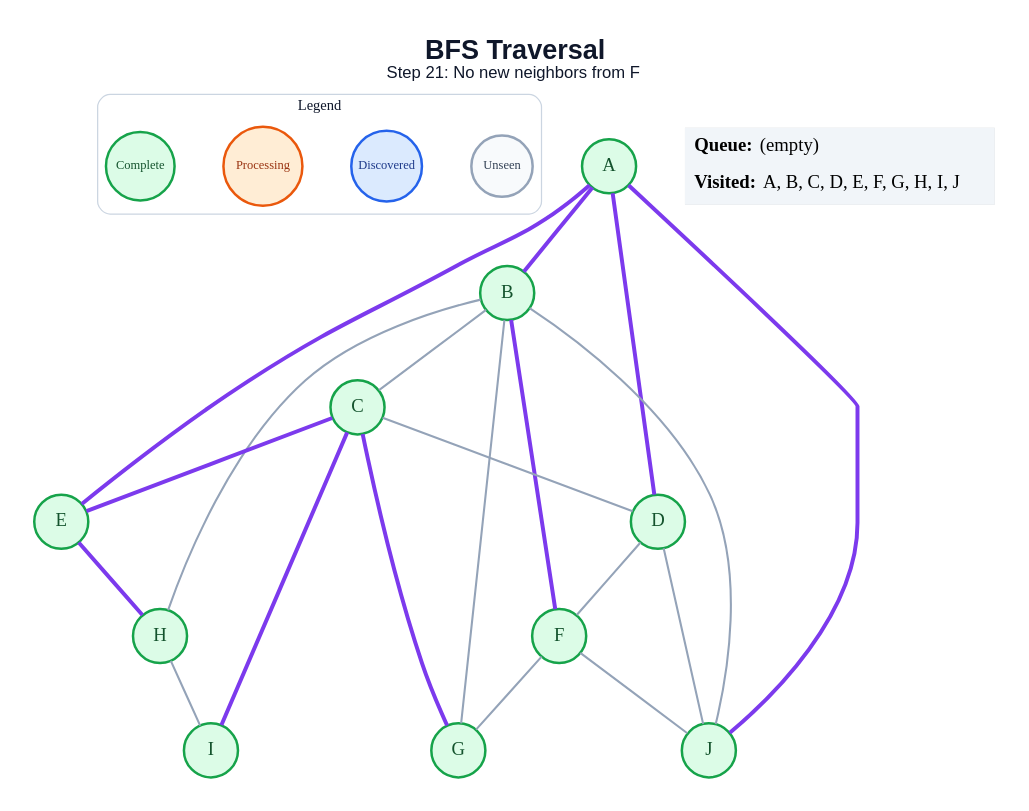
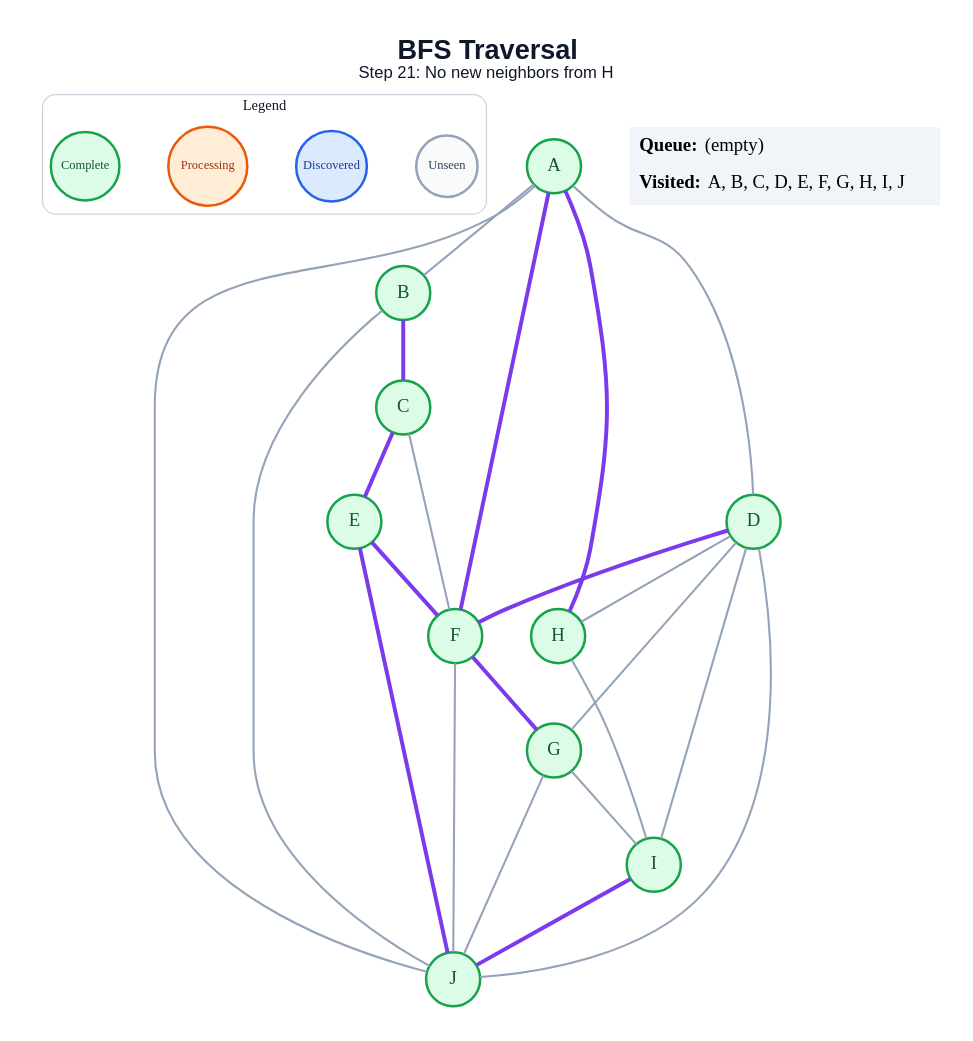
Before and after one commit to anon7238593-create/ai-slop: the diagram in generated/specific-node/bfs/step_21.dot, drawn with Graphviz. The commit also changed 171 other files, not shown here.

```diff
--- a/generated/specific-node/bfs/step_21.dot
+++ b/generated/specific-node/bfs/step_21.dot
@@ -1,48 +1,51 @@
 graph traversal {
   graph [layout=dot, rankdir=TB, bgcolor="#FFFFFF", pad="0.35", nodesep="0.65", ranksep="0.8", fontname="Arial"];
   node [shape=circle, style="filled", fontname="Arial Bold", fontsize=18, width=0.72, fixedsize=true, penwidth=2.4];
   edge [color="#94A3B8", penwidth=2.0];
-  label=<<B>BFS Traversal</B><BR/><FONT POINT-SIZE="16">Step 21: No new neighbors from F</FONT>>; labelloc="t"; fontsize=26; fontname="Arial"; fontcolor="#0F172A";
+  label=<<B>BFS Traversal</B><BR/><FONT POINT-SIZE="16">Step 21: No new neighbors from H</FONT>>; labelloc="t"; fontsize=26; fontname="Arial"; fontcolor="#0F172A";
   subgraph cluster_legend { label="Legend"; color="#CBD5E1"; penwidth=1.2; style="rounded"; fontsize=14; fontname="Arial Bold";
     key_unseen [label="Unseen", fillcolor="#F8FAFC", color="#94A3B8", fontcolor="#334155", fontsize=12, width=0.82];
     key_frontier [label="Discovered", fillcolor="#DBEAFE", color="#2563EB", fontcolor="#1E3A8A", fontsize=12, width=0.95];
     key_current [label="Processing", fillcolor="#FFEDD5", color="#EA580C", fontcolor="#9A3412", fontsize=12, width=1.05];
     key_done [label="Complete", fillcolor="#DCFCE7", color="#16A34A", fontcolor="#14532D", fontsize=12, width=0.92];
     { rank=same; key_unseen; key_frontier; key_current; key_done; }
   }
   A [fillcolor="#DCFCE7", color="#16A34A", fontcolor="#14532D"];
   B [fillcolor="#DCFCE7", color="#16A34A", fontcolor="#14532D"];
   C [fillcolor="#DCFCE7", color="#16A34A", fontcolor="#14532D"];
   D [fillcolor="#DCFCE7", color="#16A34A", fontcolor="#14532D"];
   E [fillcolor="#DCFCE7", color="#16A34A", fontcolor="#14532D"];
   F [fillcolor="#DCFCE7", color="#16A34A", fontcolor="#14532D"];
   G [fillcolor="#DCFCE7", color="#16A34A", fontcolor="#14532D"];
   H [fillcolor="#DCFCE7", color="#16A34A", fontcolor="#14532D"];
   I [fillcolor="#DCFCE7", color="#16A34A", fontcolor="#14532D"];
   J [fillcolor="#DCFCE7", color="#16A34A", fontcolor="#14532D"];
-  A -- B [color="#7C3AED", penwidth=3.8];
-  A -- D [color="#7C3AED", penwidth=3.8];
-  A -- E [color="#7C3AED", penwidth=3.8];
-  A -- J [color="#7C3AED", penwidth=3.8];
-  B -- C;
-  B -- F [color="#7C3AED", penwidth=3.8];
-  B -- G;
-  B -- H;
+  A -- B;
+  A -- D;
+  A -- F [color="#7C3AED", penwidth=3.8];
+  A -- H [color="#7C3AED", penwidth=3.8];
+  A -- J;
+  B -- C [color="#7C3AED", penwidth=3.8];
   B -- J;
-  C -- D;
   C -- E [color="#7C3AED", penwidth=3.8];
-  C -- G [color="#7C3AED", penwidth=3.8];
-  C -- I [color="#7C3AED", penwidth=3.8];
-  D -- F;
+  C -- F;
+  D -- F [color="#7C3AED", penwidth=3.8];
+  D -- G;
+  D -- H;
+  D -- I;
   D -- J;
-  E -- H [color="#7C3AED", penwidth=3.8];
-  F -- G;
+  E -- F [color="#7C3AED", penwidth=3.8];
+  E -- J [color="#7C3AED", penwidth=3.8];
+  F -- G [color="#7C3AED", penwidth=3.8];
   F -- J;
+  G -- I;
+  G -- J;
   H -- I;
+  I -- J [color="#7C3AED", penwidth=3.8];
   status [shape=plain, fixedsize=false, width=0, height=0, margin=0, label=<
     <TABLE BORDER="0" CELLBORDER="0" CELLPADDING="7" BGCOLOR="#F1F5F9">
       <TR><TD ALIGN="LEFT"><B>Queue:</B> (empty)</TD></TR>
       <TR><TD ALIGN="LEFT"><B>Visited:</B> A, B, C, D, E, F, G, H, I, J</TD></TR>
     </TABLE>
   >];
 }
```
